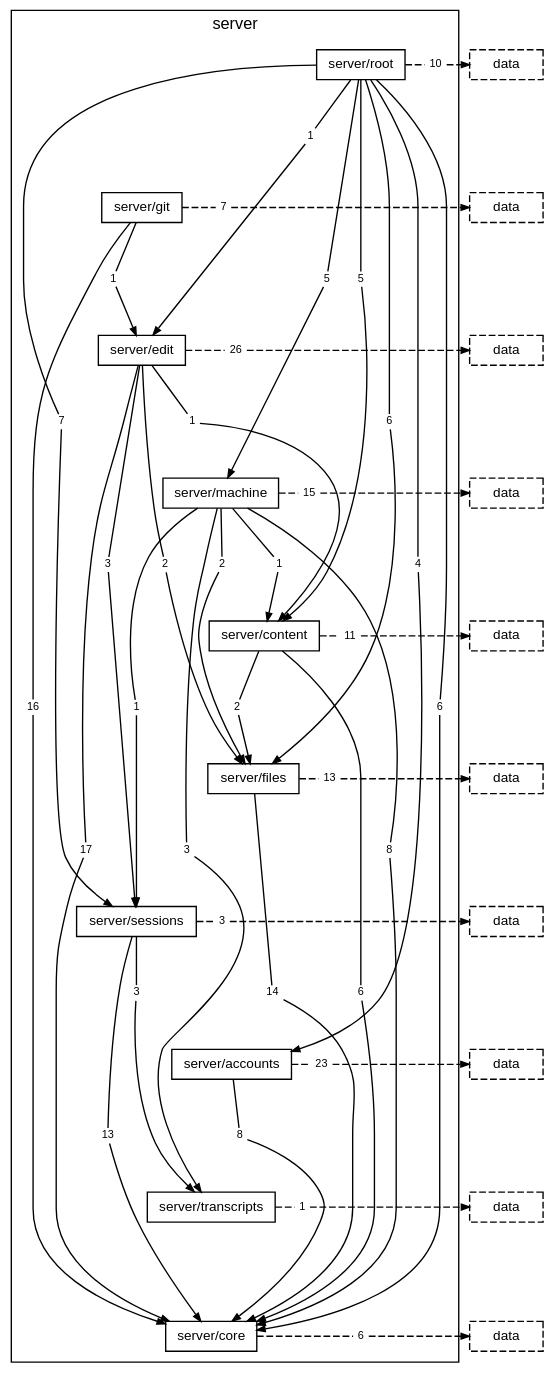
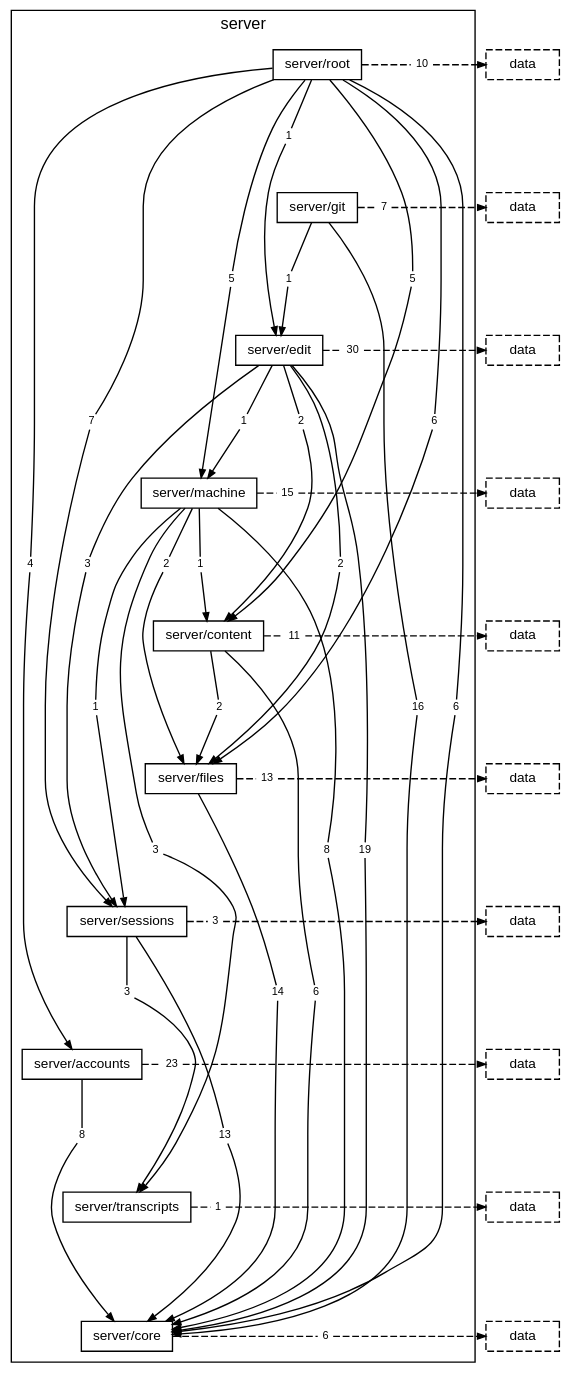
The diagram in docs/diagrams/layer-server.dot (TheAxeC/oculus), drawn with Graphviz before and after one commit. The commit also changed 40 other files, not shown here.

```diff
--- a/docs/diagrams/layer-server.dot
+++ b/docs/diagrams/layer-server.dot
@@ -25,11 +25,12 @@
         "folder server/git to folder server/core" [label="16", shape=box, color="transparent", fontsize=8, width=0, height=0, margin="0.04,0.02"];
         "folder server/git to folder server/edit" [label="1", shape=box, color="transparent", fontsize=8, width=0, height=0, margin="0.04,0.02"];
         "folder server/git to layer data" [label="7", shape=box, color="transparent", fontsize=8, width=0, height=0, margin="0.04,0.02"];
-        "folder server/edit to folder server/content" [label="1", shape=box, color="transparent", fontsize=8, width=0, height=0, margin="0.04,0.02"];
-        "folder server/edit to folder server/core" [label="17", shape=box, color="transparent", fontsize=8, width=0, height=0, margin="0.04,0.02"];
+        "folder server/edit to folder server/content" [label="2", shape=box, color="transparent", fontsize=8, width=0, height=0, margin="0.04,0.02"];
+        "folder server/edit to folder server/core" [label="19", shape=box, color="transparent", fontsize=8, width=0, height=0, margin="0.04,0.02"];
         "folder server/edit to folder server/files" [label="2", shape=box, color="transparent", fontsize=8, width=0, height=0, margin="0.04,0.02"];
+        "folder server/edit to folder server/machine" [label="1", shape=box, color="transparent", fontsize=8, width=0, height=0, margin="0.04,0.02"];
         "folder server/edit to folder server/sessions" [label="3", shape=box, color="transparent", fontsize=8, width=0, height=0, margin="0.04,0.02"];
-        "folder server/edit to layer data" [label="26", shape=box, color="transparent", fontsize=8, width=0, height=0, margin="0.04,0.02"];
+        "folder server/edit to layer data" [label="30", shape=box, color="transparent", fontsize=8, width=0, height=0, margin="0.04,0.02"];
         "folder server/machine to folder server/content" [label="1", shape=box, color="transparent", fontsize=8, width=0, height=0, margin="0.04,0.02"];
         "folder server/machine to folder server/core" [label="8", shape=box, color="transparent", fontsize=8, width=0, height=0, margin="0.04,0.02"];
         "folder server/machine to folder server/files" [label="2", shape=box, color="transparent", fontsize=8, width=0, height=0, margin="0.04,0.02"];
@@ -98,6 +99,8 @@
     "folder server/edit to folder server/core" -> "folder server/core" [];
     "folder server/edit" -> "folder server/edit to folder server/files" [arrowhead=none, minlen=3, weight=10];
     "folder server/edit to folder server/files" -> "folder server/files" [];
+    "folder server/edit" -> "folder server/edit to folder server/machine" [arrowhead=none, minlen=1, weight=10];
+    "folder server/edit to folder server/machine" -> "folder server/machine" [];
     "folder server/edit" -> "folder server/edit to folder server/sessions" [arrowhead=none, minlen=3, weight=10];
     "folder server/edit to folder server/sessions" -> "folder server/sessions" [];
     "folder server/edit" -> "folder server/edit to layer data" [arrowhead=none, style=dashed];
```
